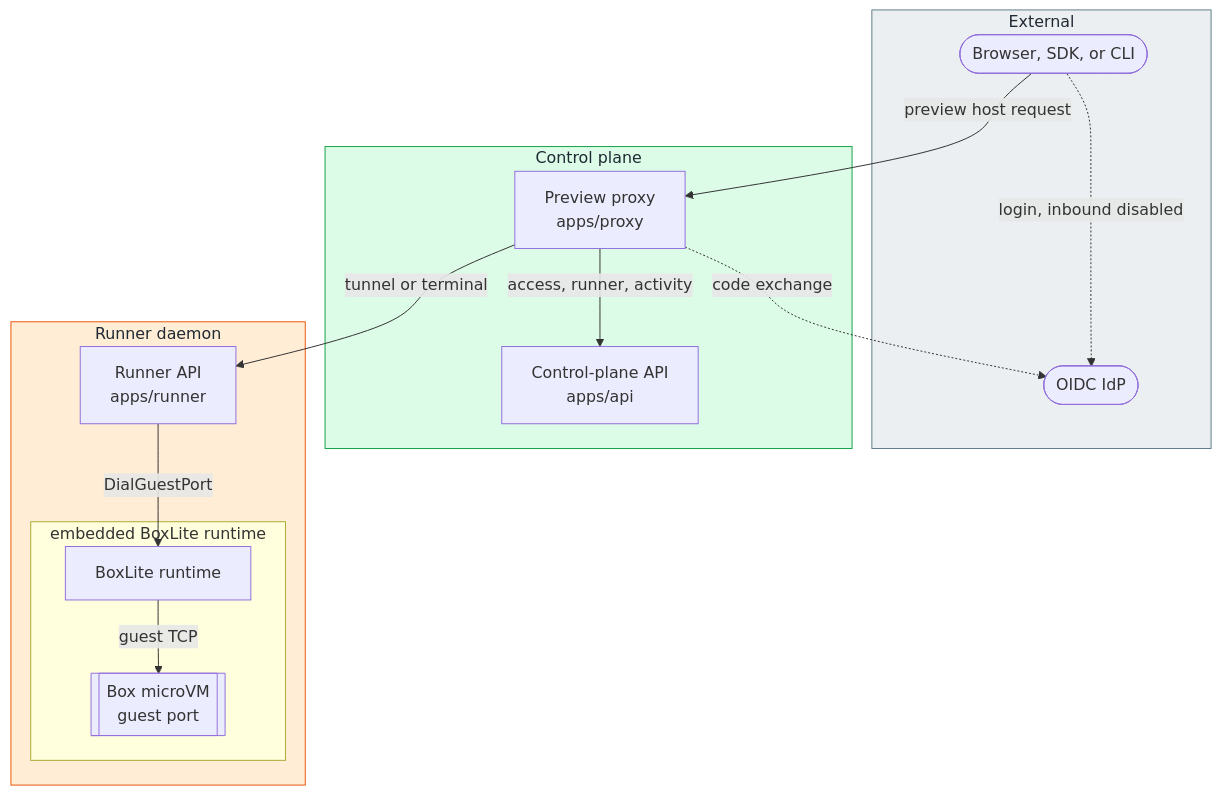
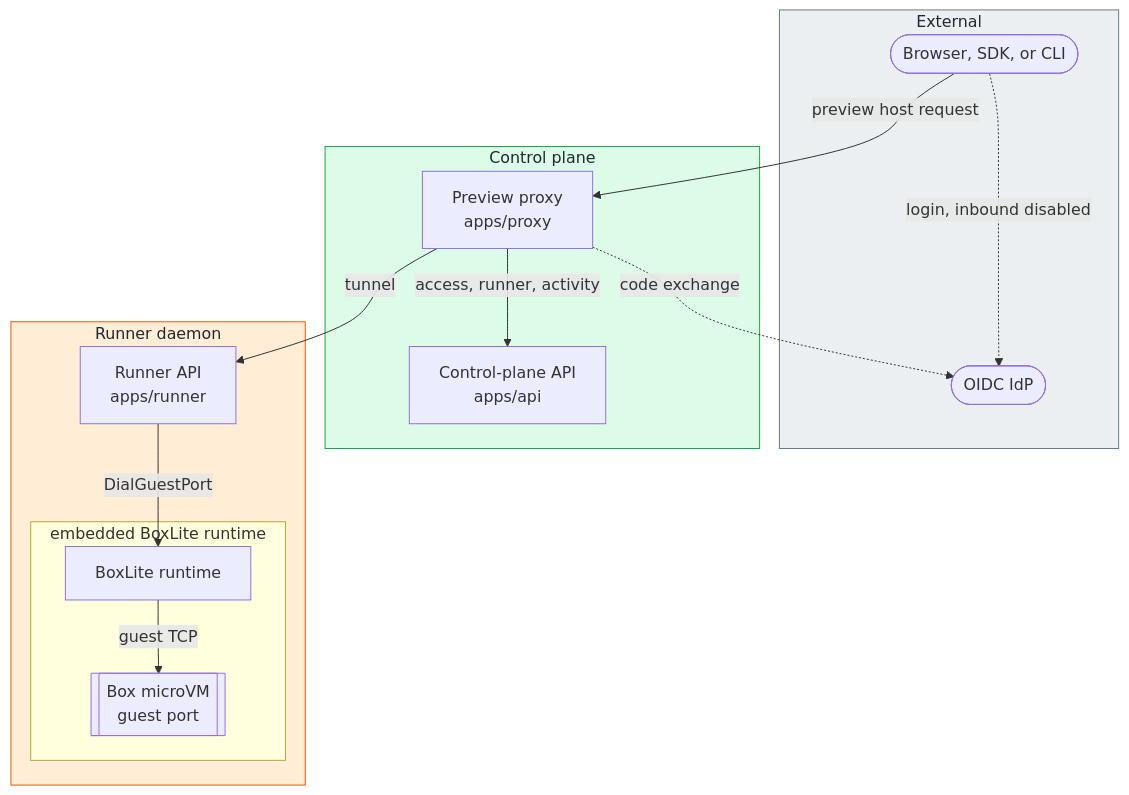
One commit to DefeatMan/boxlite changed the diagram in apps/proxy/README.md. Above: the diagram before and after it, drawn with Mermaid. The commit also changed other lines of this file and 66 other files, not shown here.

First line of the commit message:
refactor(api)!: drop public, preview-token and toolbox terminal paths (#1949)

````diff
--- a/apps/proxy/README.md
+++ b/apps/proxy/README.md
@@ -18,36 +18,36 @@
 ```mermaid
 flowchart TB
     classDef scope_external fill:#eceff1,stroke:#607d8b,color:#1f2933
     classDef scope_compute fill:#dcfce7,stroke:#16a34a,color:#1f2933
     classDef scope_execution fill:#ffedd5,stroke:#ea580c,color:#1f2933
 
     subgraph external["External"]
         client(["Browser, SDK, or CLI"])
         idp(["OIDC IdP"])
     end
 
     subgraph control_plane["Control plane"]
         proxy["Preview proxy<br/>apps/proxy"]
         api["Control-plane API<br/>apps/api"]
     end
 
     subgraph runner_process["Runner daemon"]
         runner_api["Runner API<br/>apps/runner"]
         subgraph embedded_boxlite["embedded BoxLite runtime"]
             boxlite_core["BoxLite runtime"]
             boxes[["Box microVM<br/>guest port"]]
         end
     end
 
     client client_to_proxy@-->|"preview host request"| proxy
     proxy proxy_to_api@-->|"access, runner, activity"| api
-    proxy proxy_to_runner@-->|"tunnel or terminal"| runner_api
+    proxy proxy_to_runner@-->|"tunnel"| runner_api
     runner_api runner_to_boxlite@-->|"DialGuestPort"| boxlite_core
     boxlite_core boxlite_to_boxes@-->|"guest TCP"| boxes
     client client_to_idp@-.->|"login, inbound disabled"| idp
     proxy proxy_to_idp@-.->|"code exchange"| idp
 
     class external scope_external
     class control_plane scope_compute
     class runner_process scope_execution
 ```
````
